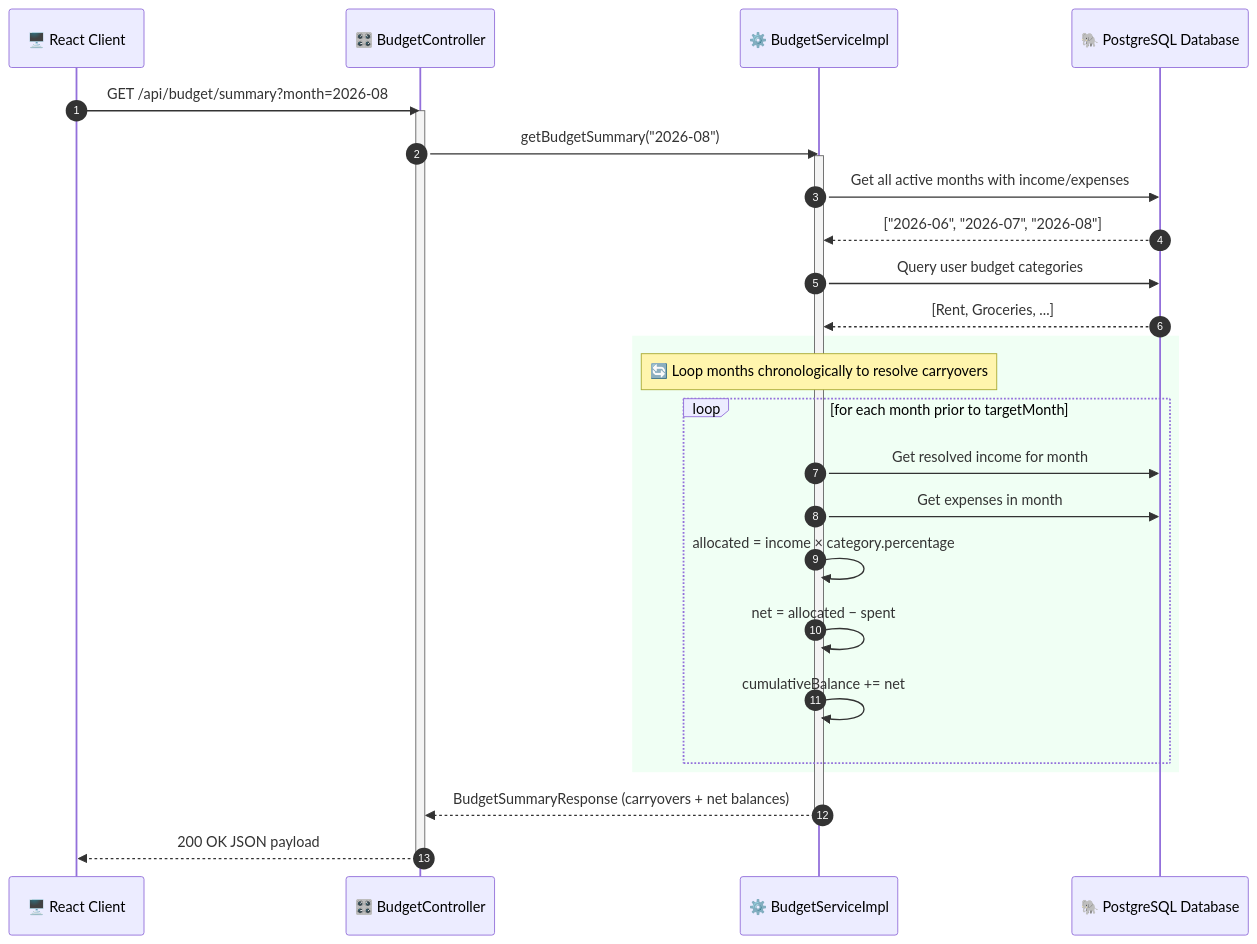
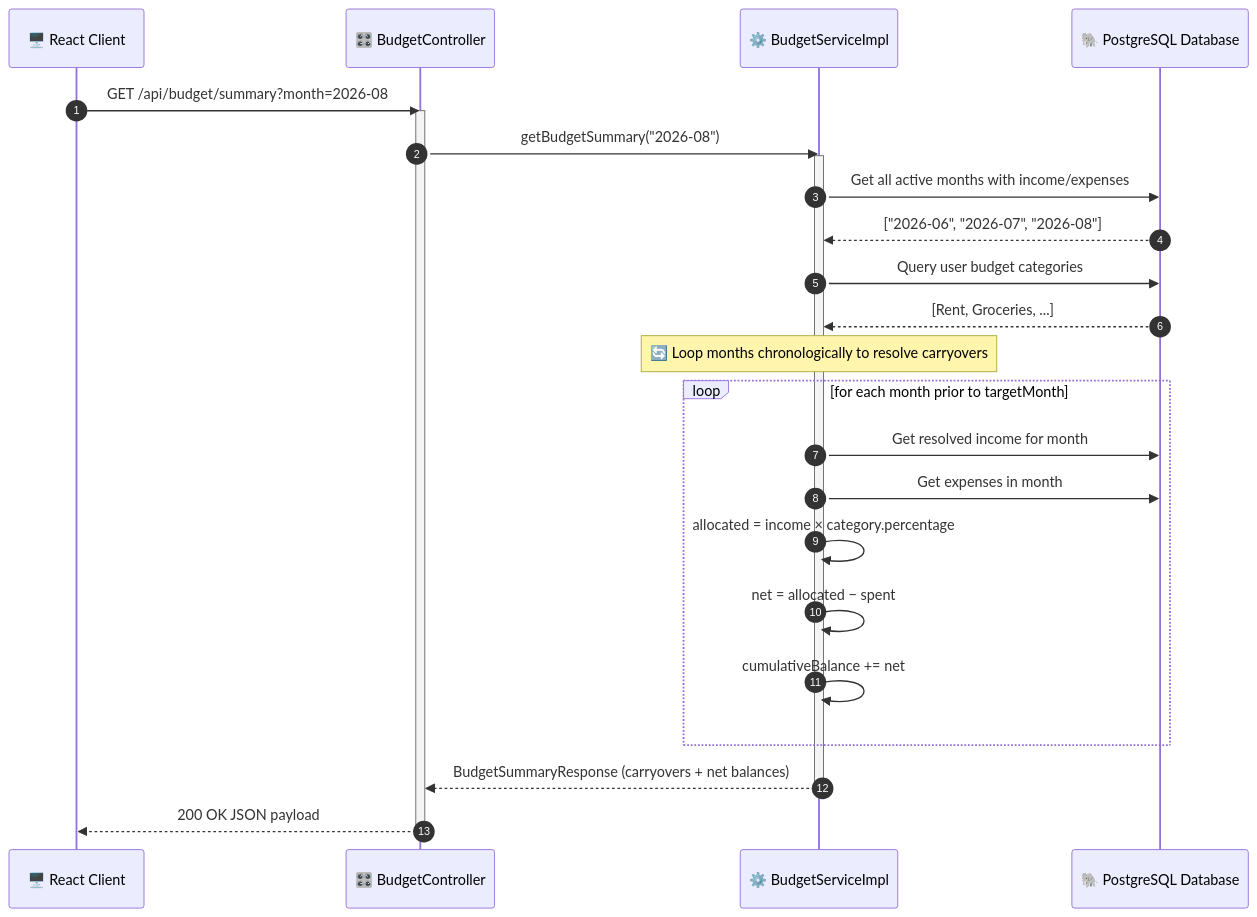
One commit to ashrithBalaji456/Personal_Expence_Tracker_Backend changed the fifth of 8 diagrams in README.md. Above: the diagram before and after it, drawn with Mermaid. The commit also changed other lines of this file, not shown here.

````diff
--- a/README.md
+++ b/README.md
@@ -216,33 +212,31 @@
 ```mermaid
 sequenceDiagram
     autonumber
     participant UI as 🖥️ React Client
     participant C as 🎛️ BudgetController
     participant S as ⚙️ BudgetServiceImpl
     participant DB as 🐘 PostgreSQL Database
 
     UI->>C: GET /api/budget/summary?month=2026-08
     activate C
     C->>S: getBudgetSummary("2026-08")
     activate S
     S->>DB: Get all active months with income/expenses
     DB-->>S: ["2026-06", "2026-07", "2026-08"]
     S->>DB: Query user budget categories
     DB-->>S: [Rent, Groceries, ...]
 
-    rect rgb(240, 255, 244)
     Note over S: 🔄 Loop months chronologically to resolve carryovers
     loop for each month prior to targetMonth
         S->>DB: Get resolved income for month
         S->>DB: Get expenses in month
         S->>S: allocated = income × category.percentage
         S->>S: net = allocated − spent
         S->>S: cumulativeBalance += net
     end
-    end
 
     S-->>C: BudgetSummaryResponse (carryovers + net balances)
     deactivate S
     C-->>UI: 200 OK JSON payload
     deactivate C
 ```
````
